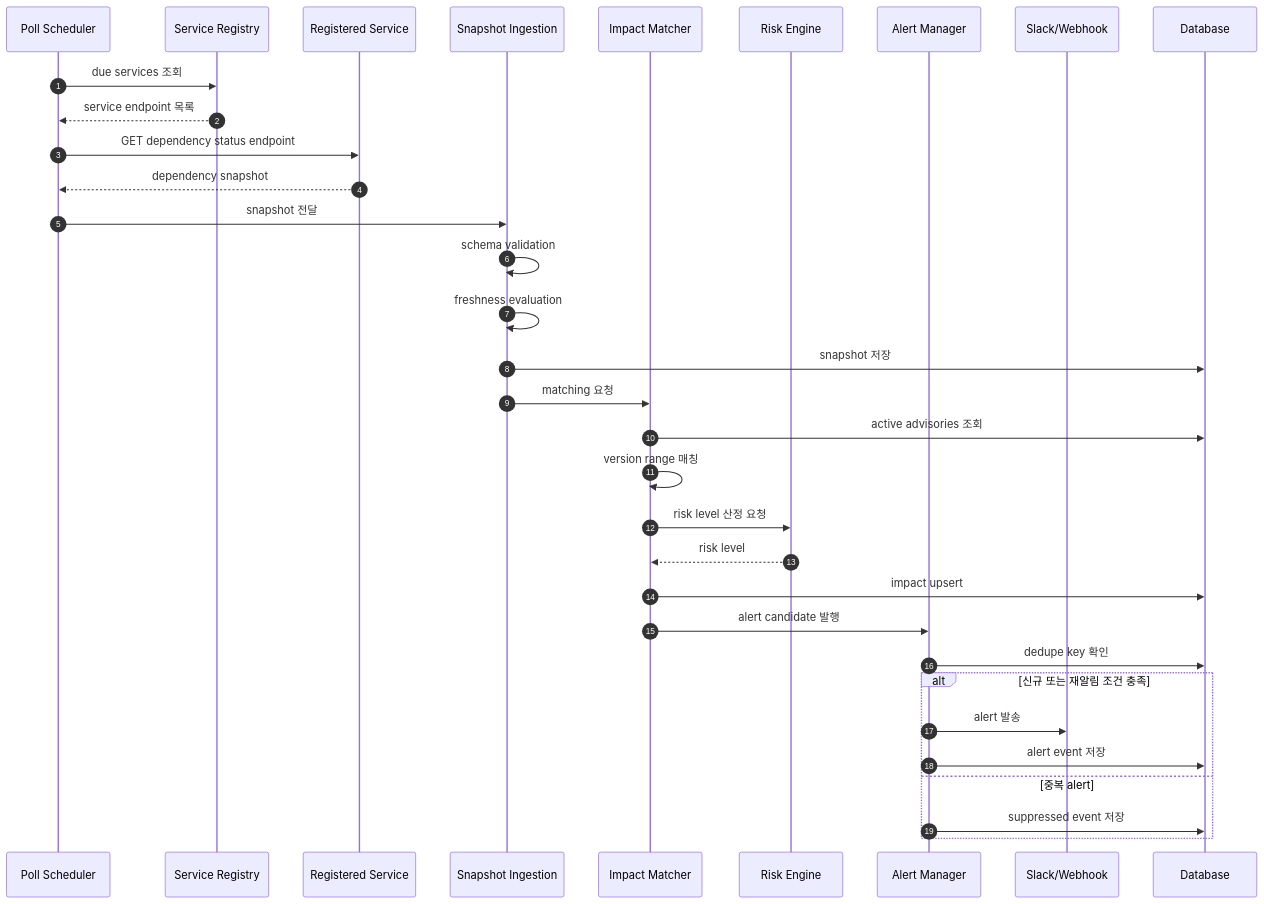
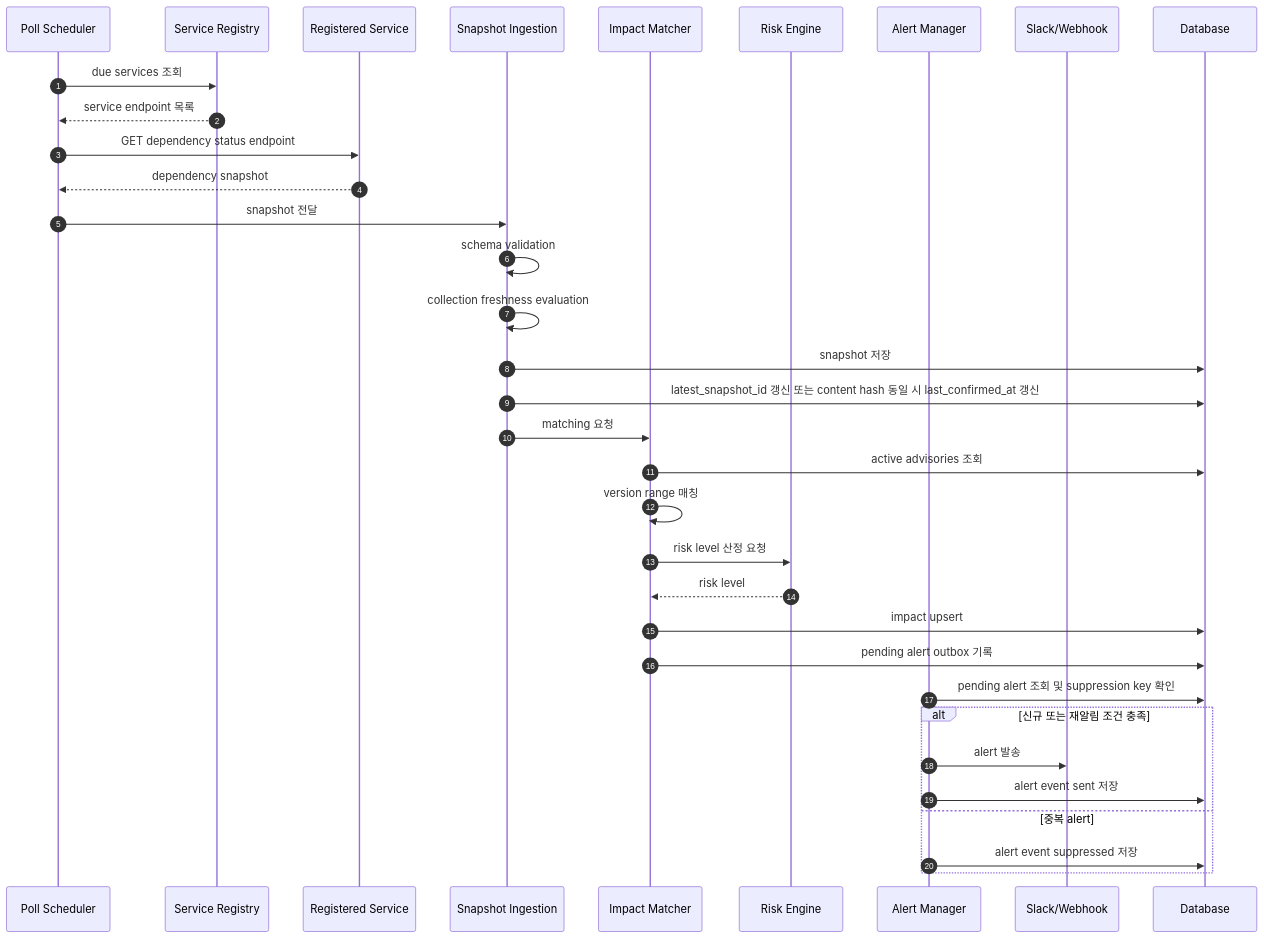
One commit to hkjeon13/sca-monitor changed the fifth of 9 diagrams in docs/software-design-specification.md. Above: the diagram before and after it, drawn with Mermaid. The commit also changed other lines of this file and 32 other files, not shown here.

````diff
--- a/docs/software-design-specification.md
+++ b/docs/software-design-specification.md
@@ -577,36 +616,37 @@
 ```mermaid
 sequenceDiagram
     autonumber
     participant Scheduler as Poll Scheduler
     participant Registry as Service Registry
     participant Service as Registered Service
     participant Ingestion as Snapshot Ingestion
     participant Matcher as Impact Matcher
     participant Risk as Risk Engine
     participant Alert as Alert Manager
     participant Channel as Slack/Webhook
     participant DB as Database
 
     Scheduler->>Registry: due services 조회
     Registry-->>Scheduler: service endpoint 목록
     Scheduler->>Service: GET dependency status endpoint
     Service-->>Scheduler: dependency snapshot
     Scheduler->>Ingestion: snapshot 전달
     Ingestion->>Ingestion: schema validation
-    Ingestion->>Ingestion: freshness evaluation
+    Ingestion->>Ingestion: collection freshness evaluation
     Ingestion->>DB: snapshot 저장
+    Ingestion->>DB: latest_snapshot_id 갱신 또는 content hash 동일 시 last_confirmed_at 갱신
     Ingestion->>Matcher: matching 요청
     Matcher->>DB: active advisories 조회
     Matcher->>Matcher: version range 매칭
     Matcher->>Risk: risk level 산정 요청
     Risk-->>Matcher: risk level
     Matcher->>DB: impact upsert
-    Matcher->>Alert: alert candidate 발행
-    Alert->>DB: dedupe key 확인
+    Matcher->>DB: pending alert outbox 기록
+    Alert->>DB: pending alert 조회 및 suppression key 확인
     alt 신규 또는 재알림 조건 충족
         Alert->>Channel: alert 발송
-        Alert->>DB: alert event 저장
+        Alert->>DB: alert event sent 저장
     else 중복 alert
-        Alert->>DB: suppressed event 저장
+        Alert->>DB: alert event suppressed 저장
     end
 ```
````
